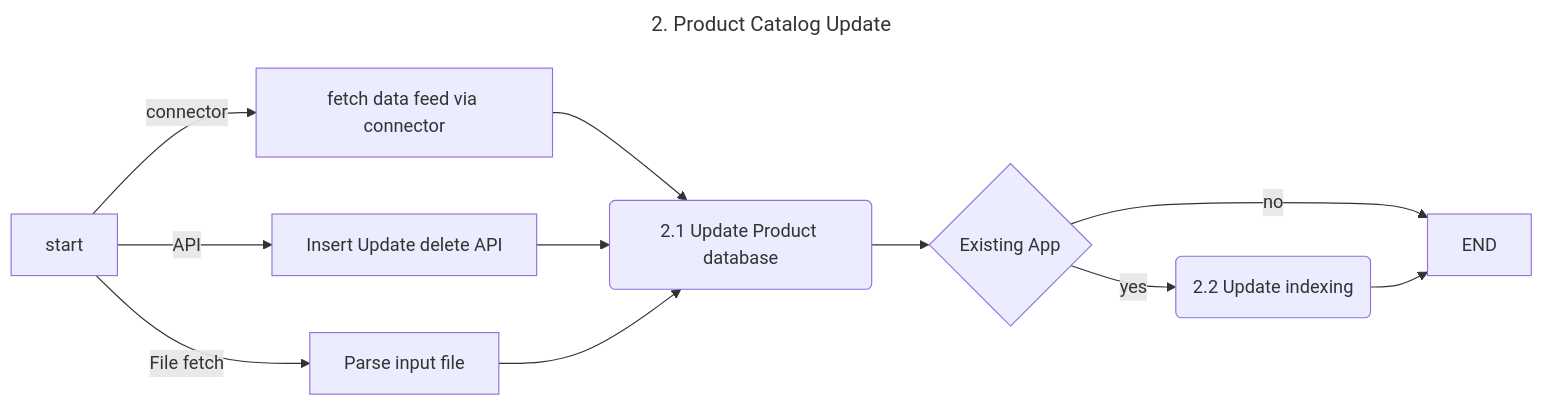
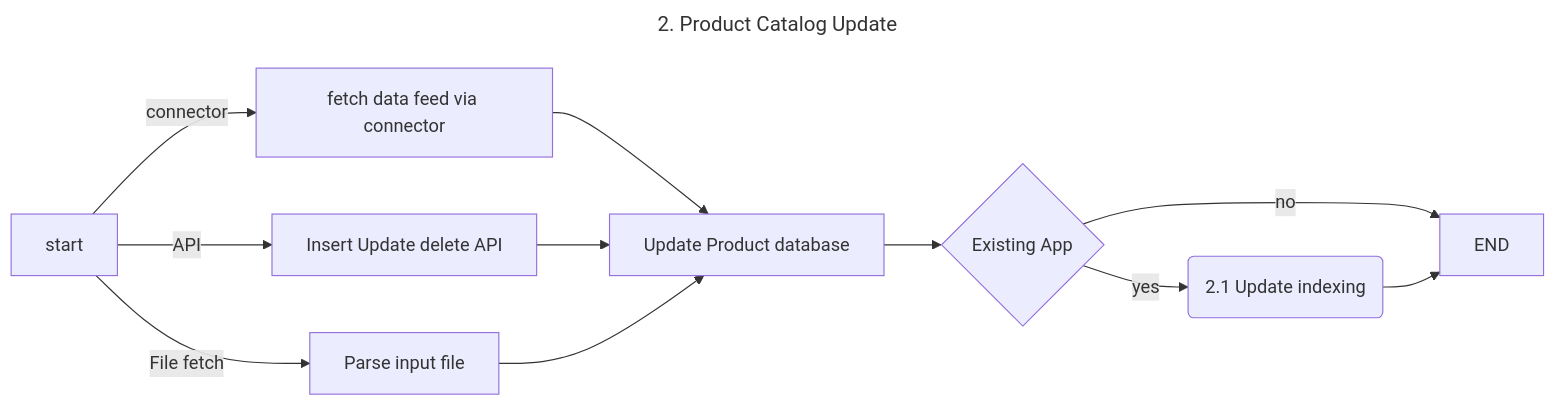
Before and after one commit to zchangvs/diagram: the diagram in 2_0_Product_catalog_update.md, drawn with Mermaid.

````diff
--- a/2_0_Product_catalog_update.md
+++ b/2_0_Product_catalog_update.md
@@ -1,18 +1,18 @@
 ```mermaid
 ---
 title: 2. Product Catalog Update
 ---
 flowchart LR
     ST[start] -- connector --> CON[fetch data feed via connector]
     ST -- API --> AP[Insert Update delete API]
     ST -- File fetch --> FF[Parse input file]
     CON --> UP
     AP --> UP
-    FF --> UP(2.1 Update Product database)
+    FF --> UP[Update Product database]
     UP --> APP{Existing App}
-    APP --> |yes| UI(2.2 Update indexing)
+    APP --> |yes| UI(2.1 Update indexing)
     APP --> |no| ED[END]
     UI --> ED[END] 
 
 
 ```
````
